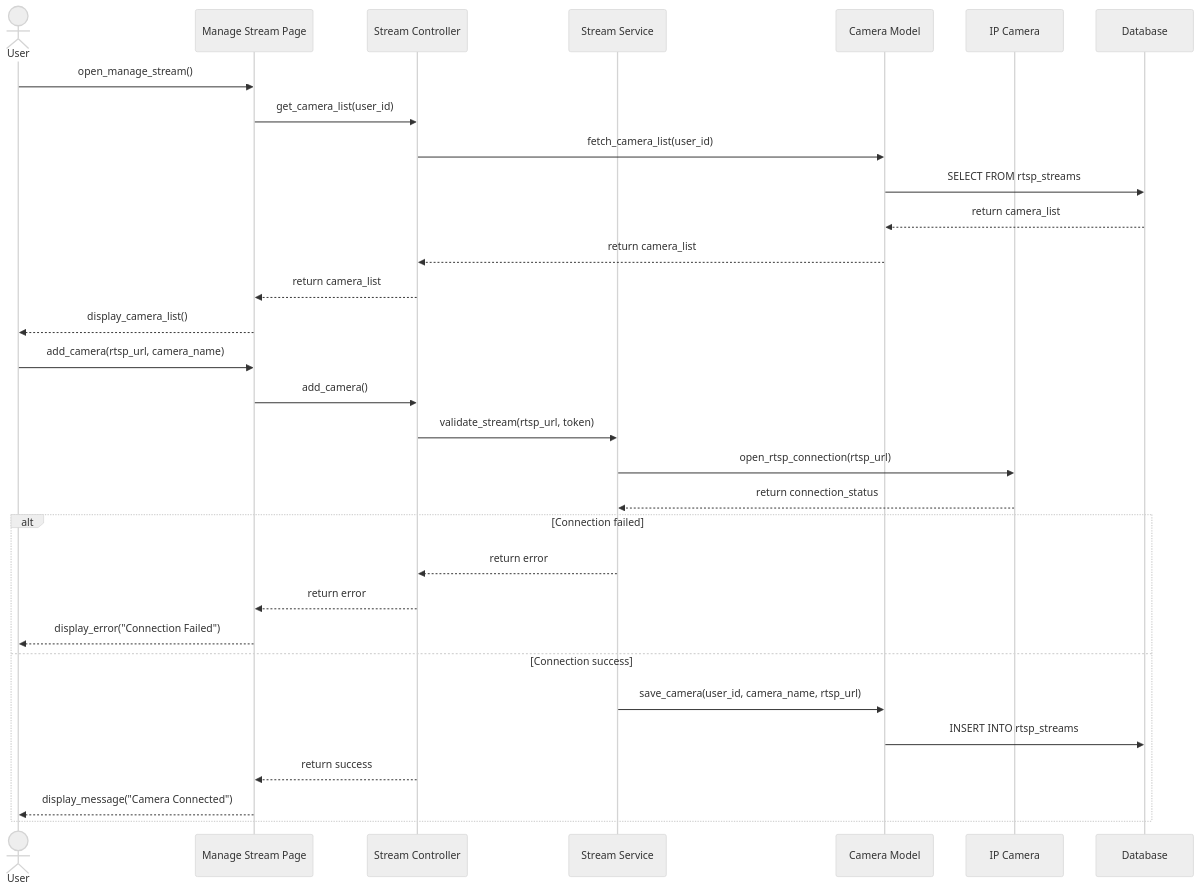
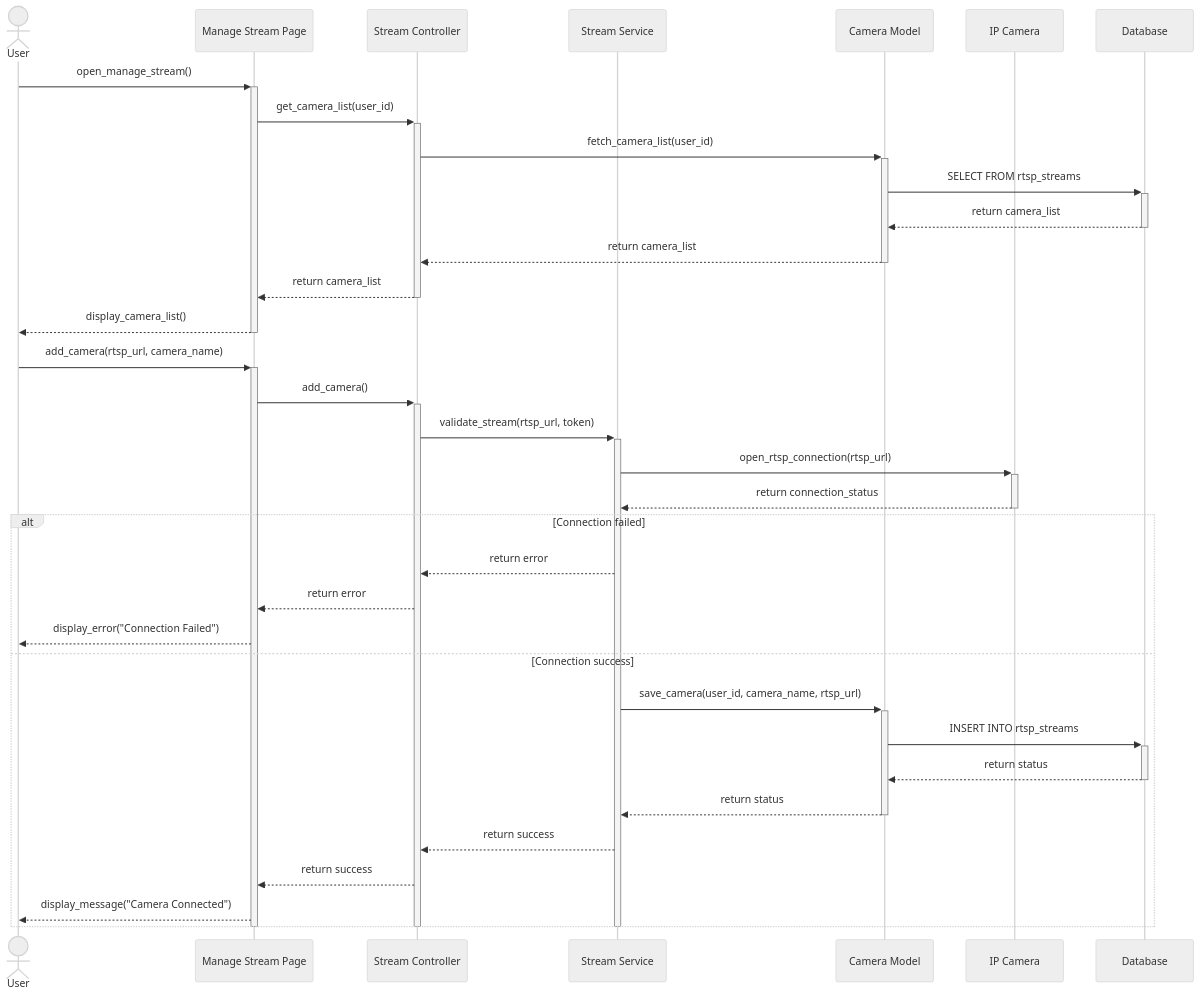
One commit to Tanaphat-Ken/ALPR-V2 changed diagram 12 of 20 in SYSTEM_DIAGRAMS.md. Above: the diagram before and after it, drawn with Mermaid (neutral theme). The commit also changed other lines of this file, not shown here.

First line of the commit message:
fix: resolve Mermaid activation bar errors across sequence diagrams

````diff
--- a/SYSTEM_DIAGRAMS.md
+++ b/SYSTEM_DIAGRAMS.md
@@ -489,36 +508,42 @@
 ```mermaid
 sequenceDiagram
     actor User
     participant StreamPage as Manage Stream Page
     participant StreamController as Stream Controller
     participant StreamService as Stream Service
     participant CameraModel as Camera Model
     participant CAM as IP Camera
     participant DB as Database
 
-    User->>StreamPage: open_manage_stream()
-    StreamPage->>StreamController: get_camera_list(user_id)
-    StreamController->>CameraModel: fetch_camera_list(user_id)
-    CameraModel->>DB: SELECT FROM rtsp_streams
-    DB-->>CameraModel: return camera_list
-    CameraModel-->>StreamController: return camera_list
-    StreamController-->>StreamPage: return camera_list
-    StreamPage-->>User: display_camera_list()
+    User->>+StreamPage: open_manage_stream()
+    StreamPage->>+StreamController: get_camera_list(user_id)
+    StreamController->>+CameraModel: fetch_camera_list(user_id)
+    CameraModel->>+DB: SELECT FROM rtsp_streams
+    DB-->>-CameraModel: return camera_list
+    CameraModel-->>-StreamController: return camera_list
+    StreamController-->>-StreamPage: return camera_list
+    StreamPage-->>-User: display_camera_list()
 
-    User->>StreamPage: add_camera(rtsp_url, camera_name)
-    StreamPage->>StreamController: add_camera()
-    StreamController->>StreamService: validate_stream(rtsp_url, token)
-    StreamService->>CAM: open_rtsp_connection(rtsp_url)
-    CAM-->>StreamService: return connection_status
+    User->>+StreamPage: add_camera(rtsp_url, camera_name)
+    StreamPage->>+StreamController: add_camera()
+    StreamController->>+StreamService: validate_stream(rtsp_url, token)
+    StreamService->>+CAM: open_rtsp_connection(rtsp_url)
+    CAM-->>-StreamService: return connection_status
 
     alt Connection failed
         StreamService-->>StreamController: return error
         StreamController-->>StreamPage: return error
         StreamPage-->>User: display_error("Connection Failed")
     else Connection success
-        StreamService->>CameraModel: save_camera(user_id, camera_name, rtsp_url)
-        CameraModel->>DB: INSERT INTO rtsp_streams
+        StreamService->>+CameraModel: save_camera(user_id, camera_name, rtsp_url)
+        CameraModel->>+DB: INSERT INTO rtsp_streams
+        DB-->>-CameraModel: return status
+        CameraModel-->>-StreamService: return status
+        StreamService-->>StreamController: return success
         StreamController-->>StreamPage: return success
         StreamPage-->>User: display_message("Camera Connected")
     end
+    deactivate StreamService
+    deactivate StreamController
+    deactivate StreamPage
 ```
````
